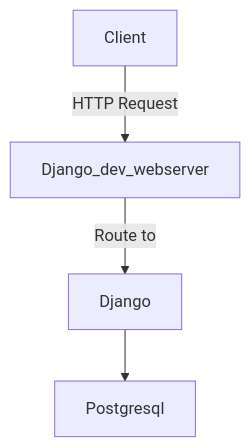
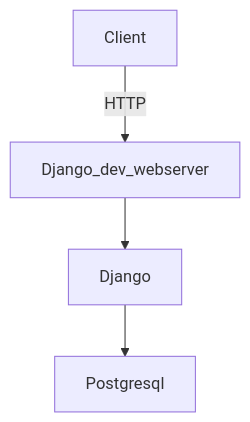
Before and after one commit to TUB-DVG/wissen-digital-ewb: the second of 4 diagrams in webcentral/doc/06_sphinx/source/general/basic_structure.md, drawn with Mermaid. The commit also changed other lines of this file and 1 other file, not shown here.

````diff
--- a/webcentral/doc/06_sphinx/source/general/basic_structure.md
+++ b/webcentral/doc/06_sphinx/source/general/basic_structure.md
@@ -15,6 +15,6 @@
 ```{mermaid}
 flowchart TD
-    Client[Client] -->|HTTP Request| Django_dev_webserver
-    Django_dev_webserver -->|Route to| Django
+    Client[Client] -->|HTTP| Django_dev_webserver
+    Django_dev_webserver --> Django
     Django --> Postgresql
 ```
````
